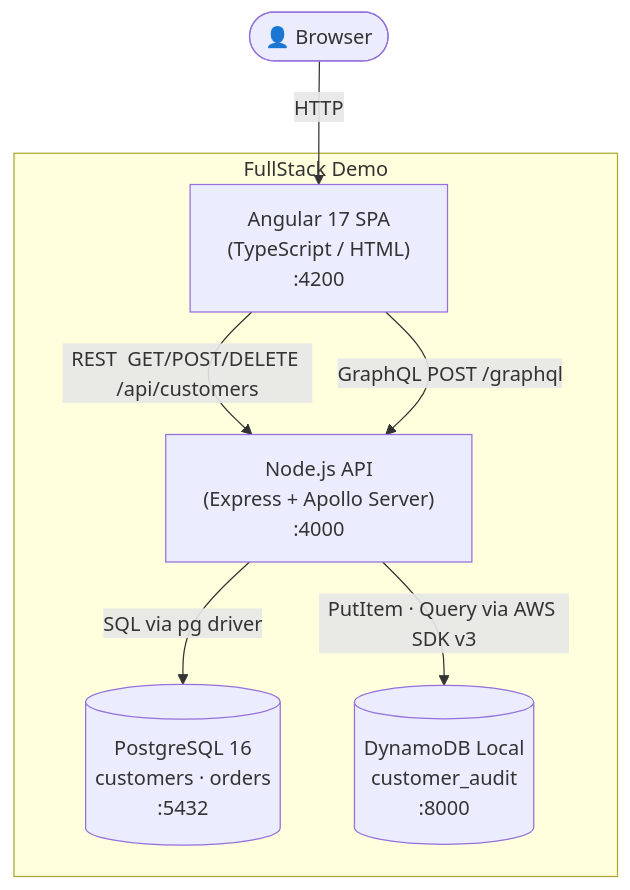
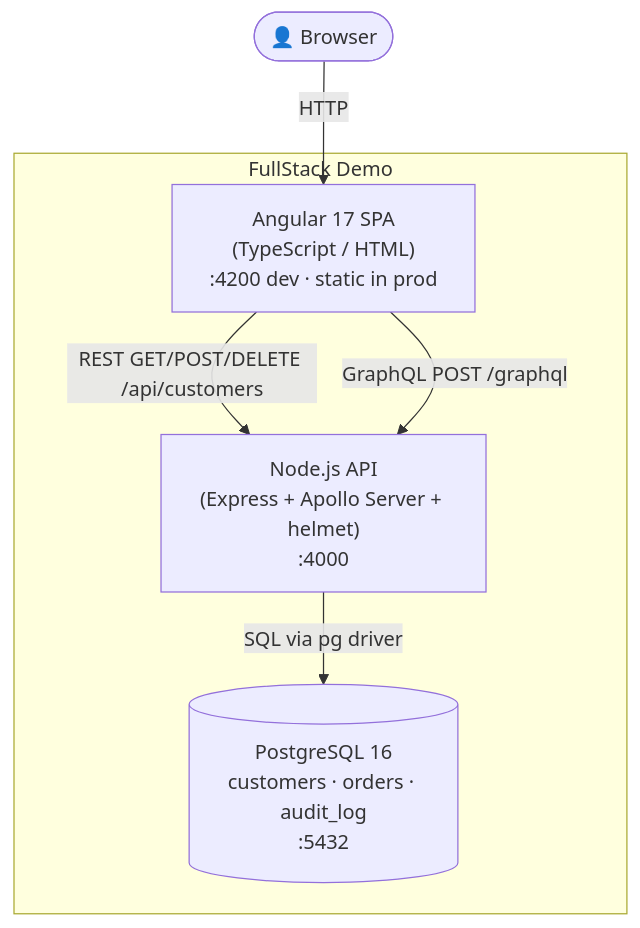
Before and after one commit to fredman08/fullstack-demo: the second of 4 diagrams in docs/architecture.md, drawn with Mermaid. The commit also changed other lines of this file and 40 other files, not shown here.

````diff
--- a/docs/architecture.md
+++ b/docs/architecture.md
@@ -17,17 +17,15 @@
 ```mermaid
 graph TB
     User([👤 Browser])
 
     subgraph System [FullStack Demo]
-        FE["Angular 17 SPA\n(TypeScript / HTML)\n:4200"]
-        BE["Node.js API\n(Express + Apollo Server)\n:4000"]
-        PG[("PostgreSQL 16\ncustomers · orders\n:5432")]
-        DY[("DynamoDB Local\ncustomer_audit\n:8000")]
+        FE["Angular 17 SPA<br/>(TypeScript / HTML)<br/>:4200 dev · static in prod"]
+        BE["Node.js API<br/>(Express + Apollo Server + helmet)<br/>:4000"]
+        PG[("PostgreSQL 16<br/>customers · orders · audit_log<br/>:5432")]
     end
 
     User -->|HTTP| FE
-    FE -->|REST  GET/POST/DELETE /api/customers| BE
+    FE -->|REST GET/POST/DELETE /api/customers| BE
     FE -->|GraphQL POST /graphql| BE
     BE -->|SQL via pg driver| PG
-    BE -->|PutItem · Query via AWS SDK v3| DY
 ```
````
